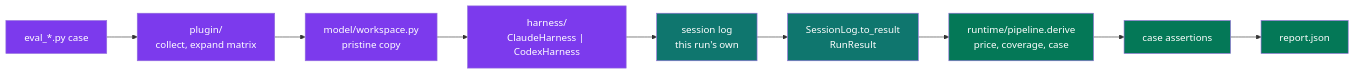
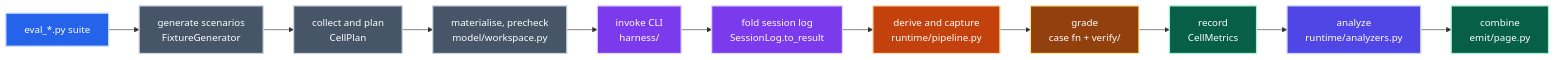
The first of 39 diagrams in ARCHITECTURE.md (neozenith/pytest-xharness-eval), drawn with Mermaid before and after one commit. The commit also changed other lines of this file and 116 other files, not shown here.

````diff
--- a/ARCHITECTURE.md
+++ b/ARCHITECTURE.md
@@ -13,21 +53,31 @@
 ```mermaid
 flowchart LR
-    CASE["eval_*.py case"]
-    PLUG["plugin/<br/>collect, expand matrix"]
-    WS["model/workspace.py<br/>pristine copy"]
-    RUN["harness/<br/>ClaudeHarness | CodexHarness"]
-    LOG["session log<br/>this run's own"]
-    NORM["SessionLog.to_result<br/>RunResult"]
-    PRICE["runtime/pipeline.derive<br/>price, coverage, case"]
-    GRADE["case assertions"]
-    REP["report.json"]
+    SUITE["eval_*.py suite"]
+    PLAN["collect and plan<br/>CellPlan"]
+    GEN["generate scenarios<br/>FixtureGenerator"]
+    MAT["materialise, precheck<br/>model/workspace.py"]
+    INV["invoke CLI<br/>harness/"]
+    FOLD["fold session log<br/>SessionLog.to_result"]
+    DER["derive and capture<br/>runtime/pipeline.py"]
+    GRADE["grade<br/>case fn + verify/"]
+    REC["record<br/>CellMetrics"]
+    ANA["analyze<br/>runtime/analyzers.py"]
+    COMB["combine<br/>emit/page.py"]
 
-    CASE --> PLUG --> WS --> RUN --> LOG --> NORM --> PRICE --> GRADE --> REP
+    SUITE --> GEN --> PLAN --> MAT --> INV --> FOLD --> DER --> GRADE --> REC --> ANA --> COMB
 
-    classDef new fill:#7c3aed,color:#fff
-    classDef data fill:#0f766e,color:#fff
-    classDef good fill:#047857,color:#fff
-    class CASE,PLUG,WS,RUN new
-    class LOG,NORM data
-    class PRICE,GRADE,REP good
+    classDef entry fill:#2563eb,stroke:#bfdbfe,color:#fff,stroke-width:2px
+    classDef domain fill:#475569,stroke:#cbd5e1,color:#fff,stroke-width:2px
+    classDef adapter fill:#7c3aed,stroke:#ddd6fe,color:#fff,stroke-width:2px
+    classDef runtime fill:#c2410c,stroke:#fed7aa,color:#fff,stroke-width:2px
+    classDef verify fill:#92400e,stroke:#fde68a,color:#fff,stroke-width:2px
+    classDef emit fill:#065f46,stroke:#a7f3d0,color:#fff,stroke-width:2px
+    classDef analyze fill:#4f46e5,stroke:#c7d2fe,color:#fff,stroke-width:2px
+    class SUITE entry
+    class GEN,PLAN,MAT domain
+    class INV,FOLD adapter
+    class DER runtime
+    class GRADE verify
+    class REC,COMB emit
+    class ANA analyze
 ```
````
